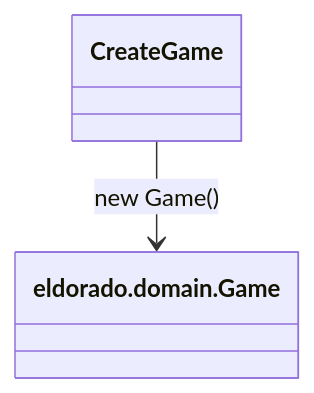
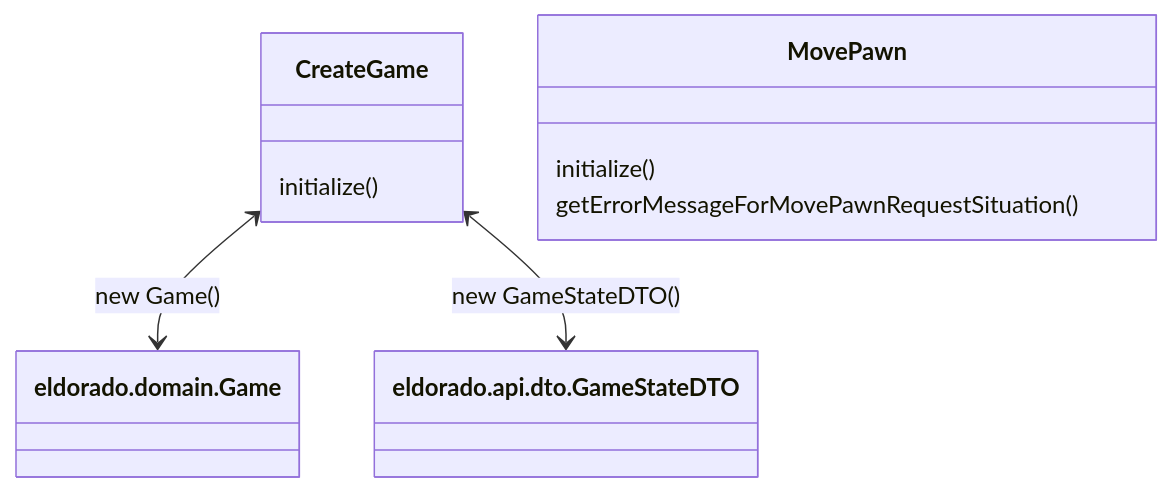
The fifth of 7 diagrams in ARCHITECTURE.md (stijnlinderman/eldorado), drawn with Mermaid before and after one commit.

````diff
--- a/ARCHITECTURE.md
+++ b/ARCHITECTURE.md
@@ -64,4 +64,9 @@
 ```mermaid
 classDiagram
-	CreateGame --> eldorado.domain.Game : new Game()
+	CreateGame <--> eldorado.domain.Game: new Game()
+	CreateGame <--> eldorado.api.dto.GameStateDTO: new GameStateDTO()
+	CreateGame : initialize()
+	class MovePawn
+	MovePawn : initialize()
+	MovePawn : getErrorMessageForMovePawnRequestSituation()
 ```
````
